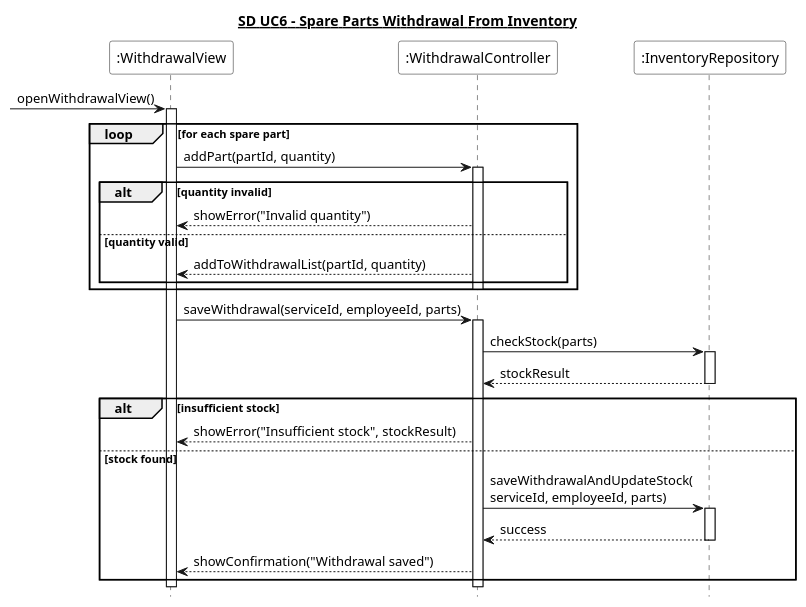
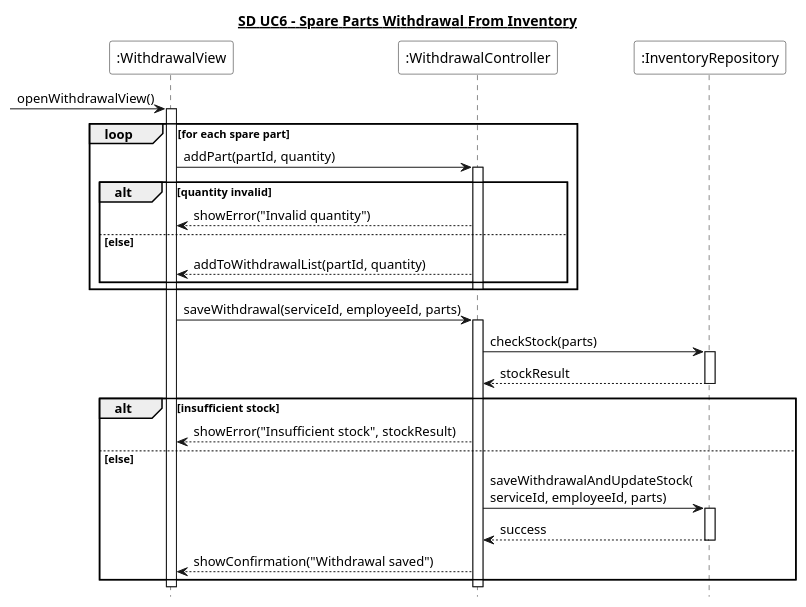
One commit to Zoabz/Getting-Real changed the diagram in 6. Sekvens Diagrammer/UC6_reservedel_udtag.puml. Above: the diagram before and after it, drawn with PlantUML. The commit also changed 7 other files, not shown here.

```diff
--- a/6. Sekvens Diagrammer/UC6_reservedel_udtag.puml
+++ b/6. Sekvens Diagrammer/UC6_reservedel_udtag.puml
@@ -1,49 +1,49 @@
 @startuml
 hide footbox
 title <U>SD UC6 - Spare Parts Withdrawal From Inventory</U>
 
 participant ":WithdrawalView" as View #White
 participant ":WithdrawalController" as Controller #White
 participant ":InventoryRepository" as Repository #White
 
 [-> View : openWithdrawalView()
 activate View
 
 loop for each spare part
     View -> Controller : addPart(partId, quantity)
     activate Controller
 
     alt quantity invalid
         Controller --> View : showError("Invalid quantity")
 
-    else quantity valid 
+    else else 
         Controller --> View : addToWithdrawalList(partId, quantity)
     end
 
     deactivate Controller
 end
 
 View -> Controller : saveWithdrawal(serviceId, employeeId, parts)
 activate Controller
 
 Controller -> Repository : checkStock(parts)
 activate Repository
 Repository --> Controller : stockResult
 deactivate Repository
 
 alt insufficient stock
     Controller --> View : showError("Insufficient stock", stockResult)
 
-else stock found 
+else else
     Controller -> Repository : saveWithdrawalAndUpdateStock(\nserviceId, employeeId, parts)
     activate Repository
     Repository --> Controller : success
     deactivate Repository
 
     Controller --> View : showConfirmation("Withdrawal saved")
 end
 
 deactivate Controller
 deactivate View
 
 @enduml
```
